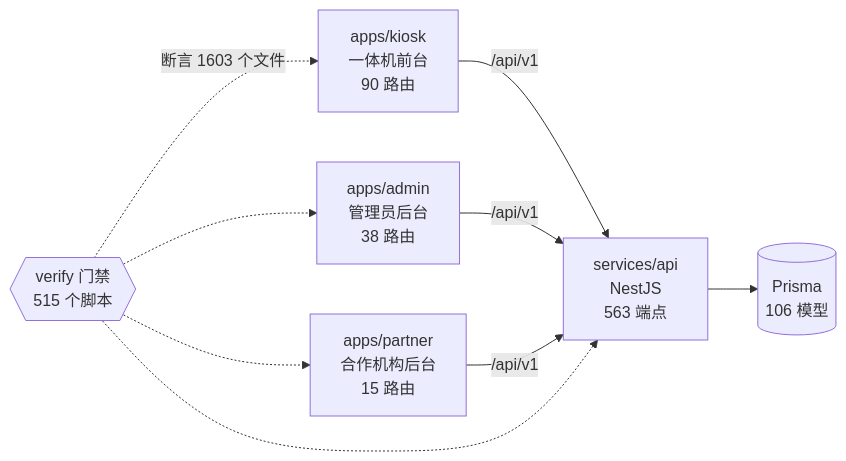
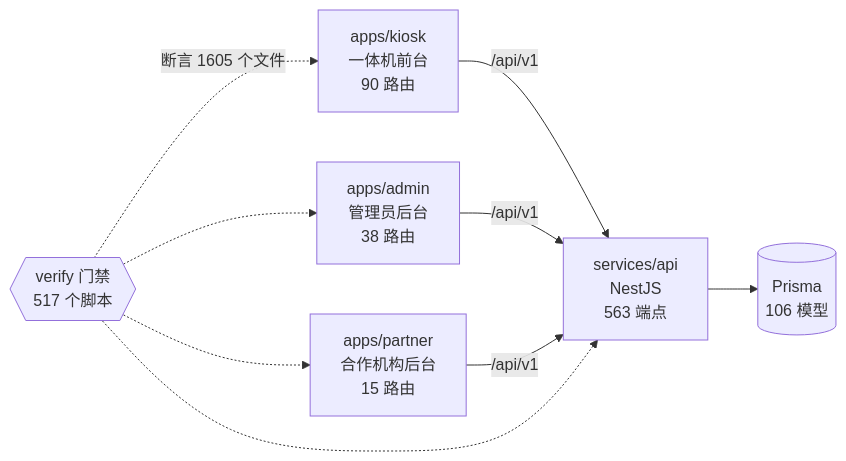
One commit to wanglei581/YITIJI changed the diagram in docs/graph/README.md. Above: the diagram before and after it, drawn with Mermaid. The commit also changed other lines of this file and 2 other files, not shown here.

Commit message:
chore(graph): regenerate

````diff
--- a/docs/graph/README.md
+++ b/docs/graph/README.md
@@ -68,18 +68,18 @@
 ```mermaid
 flowchart LR
   kiosk["apps/kiosk<br/>一体机前台<br/>90 路由"]
   admin["apps/admin<br/>管理员后台<br/>38 路由"]
   partner["apps/partner<br/>合作机构后台<br/>15 路由"]
   api["services/api<br/>NestJS<br/>563 端点"]
   db[("Prisma<br/>106 模型")]
-  gates{{"verify 门禁<br/>515 个脚本"}}
+  gates{{"verify 门禁<br/>517 个脚本"}}
 
   kiosk -->|"/api/v1"| api
   admin -->|"/api/v1"| api
   partner -->|"/api/v1"| api
   api --> db
-  gates -.->|"断言 1603 个文件"| kiosk
+  gates -.->|"断言 1605 个文件"| kiosk
   gates -.-> admin
   gates -.-> partner
   gates -.-> api
 ```
````
